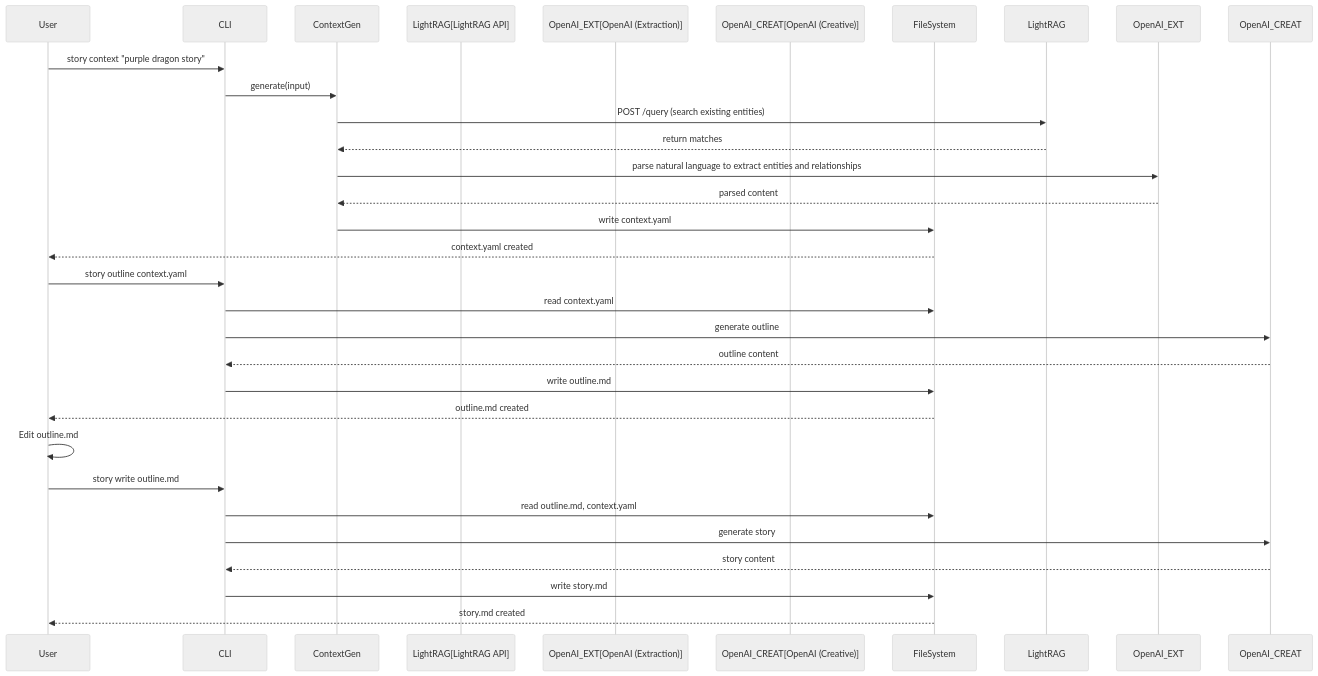
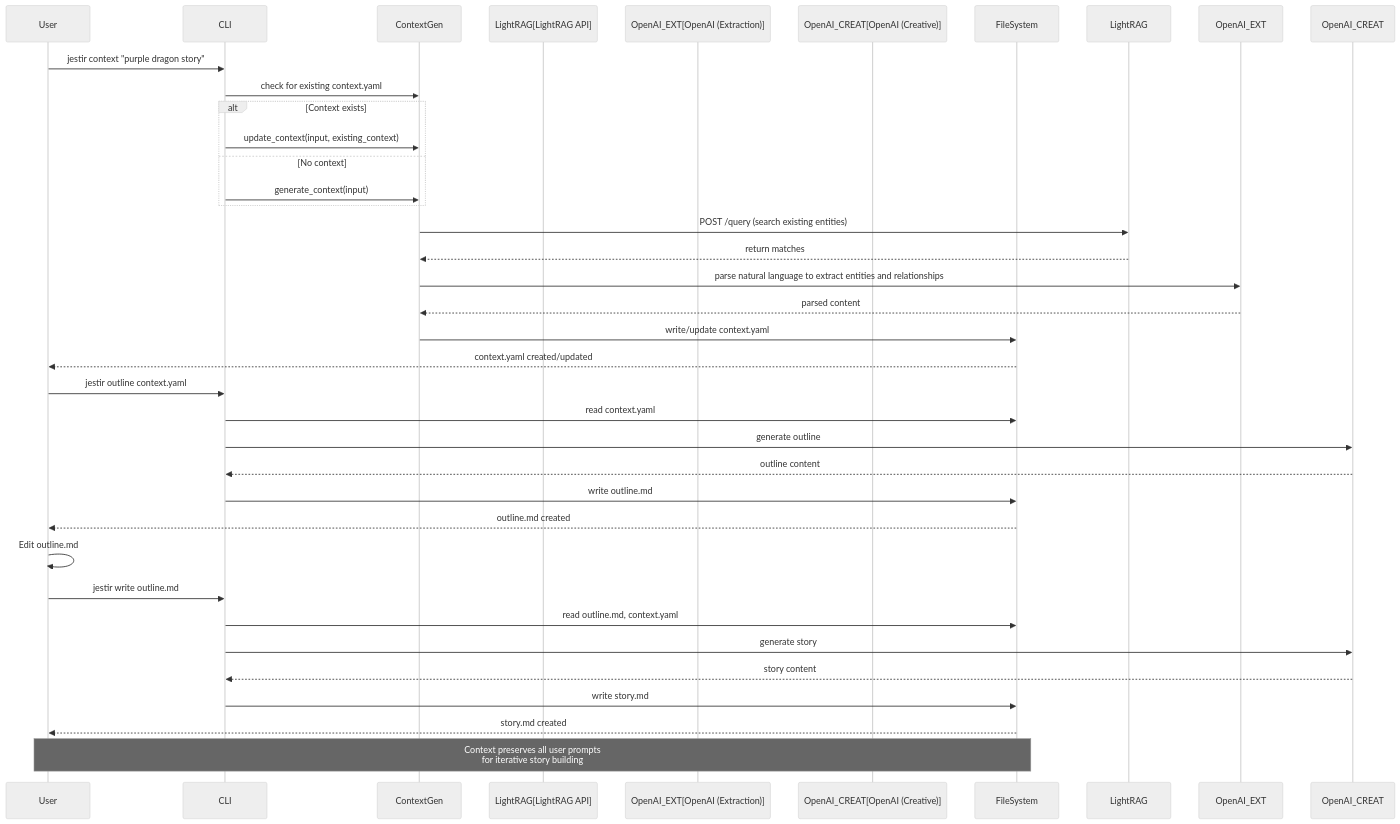
Before and after one commit to harms-haus/jestir: the diagram in docs/architecture/08-core-workflows.md, drawn with Mermaid (neutral theme). The commit also changed 19 other files, not shown here.

````diff
--- a/docs/architecture/08-core-workflows.md
+++ b/docs/architecture/08-core-workflows.md
@@ -3,35 +3,42 @@
 ```mermaid
 sequenceDiagram
     participant User
     participant CLI
     participant ContextGen
     participant LightRAG[LightRAG API]
     participant OpenAI_EXT[OpenAI (Extraction)]
     participant OpenAI_CREAT[OpenAI (Creative)]
     participant FileSystem
 
-    User->>CLI: story context "purple dragon story"
-    CLI->>ContextGen: generate(input)
+    User->>CLI: jestir context "purple dragon story"
+    CLI->>ContextGen: check for existing context.yaml
+    alt Context exists
+        CLI->>ContextGen: update_context(input, existing_context)
+    else No context
+        CLI->>ContextGen: generate_context(input)
+    end
     ContextGen->>LightRAG: POST /query (search existing entities)
     LightRAG-->>ContextGen: return matches
     ContextGen->>OpenAI_EXT: parse natural language to extract entities and relationships
     OpenAI_EXT-->>ContextGen: parsed content
-    ContextGen->>FileSystem: write context.yaml
-    FileSystem-->>User: context.yaml created
+    ContextGen->>FileSystem: write/update context.yaml
+    FileSystem-->>User: context.yaml created/updated
 
-    User->>CLI: story outline context.yaml
+    User->>CLI: jestir outline context.yaml
     CLI->>FileSystem: read context.yaml
     CLI->>OpenAI_CREAT: generate outline
     OpenAI_CREAT-->>CLI: outline content
     CLI->>FileSystem: write outline.md
     FileSystem-->>User: outline.md created
 
     User->>User: Edit outline.md
 
-    User->>CLI: story write outline.md
+    User->>CLI: jestir write outline.md
     CLI->>FileSystem: read outline.md, context.yaml
     CLI->>OpenAI_CREAT: generate story
     OpenAI_CREAT-->>CLI: story content
     CLI->>FileSystem: write story.md
     FileSystem-->>User: story.md created
+
+    Note over User,FileSystem: Context preserves all user prompts<br/>for iterative story building
 ```
````
